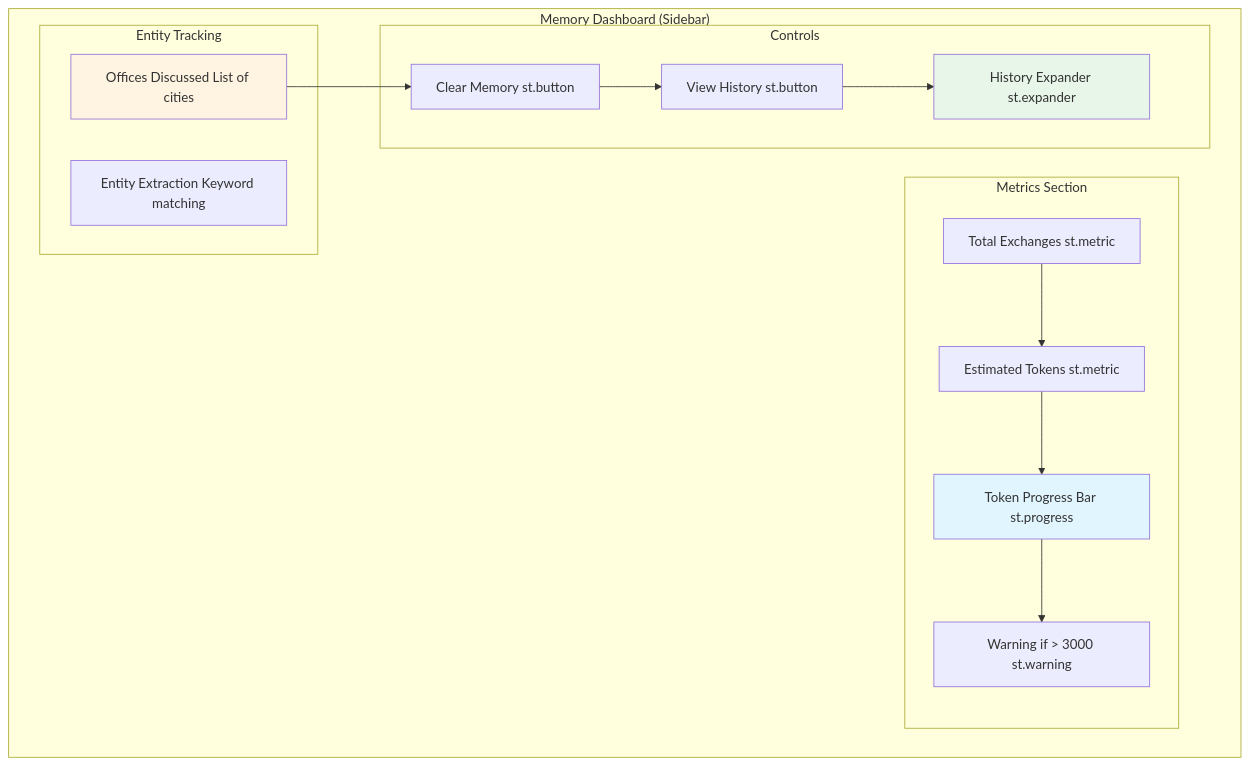
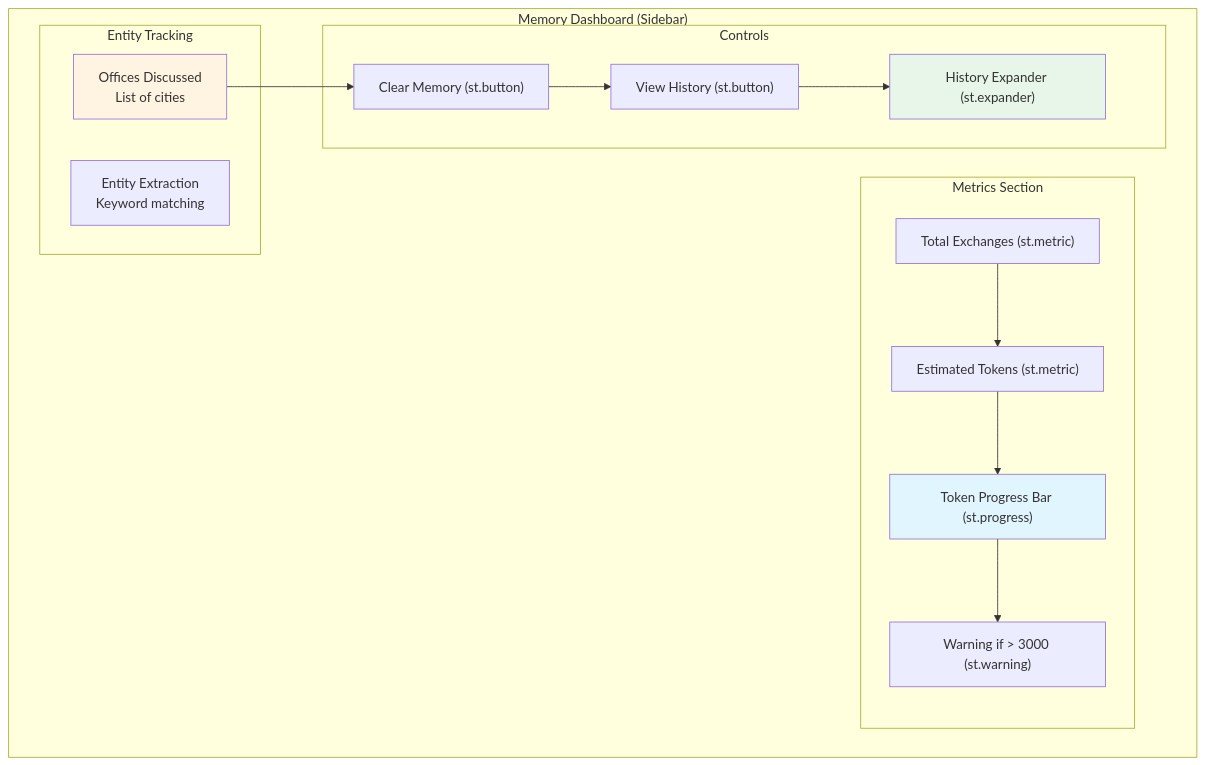
The fifth of 7 diagrams in docs/architecture-lab8.md (skillrepos/ai-3in1), drawn with Mermaid before and after one commit. The commit also changed other lines of this file, not shown here.

````diff
--- a/docs/architecture-lab8.md
+++ b/docs/architecture-lab8.md
@@ -152,33 +152,33 @@
 ```mermaid
 graph TB
     subgraph "Memory Dashboard (Sidebar)"
         subgraph "Metrics Section"
-            M1[Total Exchanges st.metric]
-            M2[Estimated Tokens st.metric]
-            M3[Token Progress Bar st.progress]
-            M4[Warning if > 3000 st.warning]
+            M1["Total Exchanges (st.metric)"]
+            M2["Estimated Tokens (st.metric)"]
+            M3["Token Progress Bar (st.progress)"]
+            M4["Warning if > 3000 (st.warning)"]
         end
 
         subgraph "Entity Tracking"
-            E1[Offices Discussed List of cities]
-            E2[Entity Extraction Keyword matching]
+            E1["Offices Discussed<br/>List of cities"]
+            E2["Entity Extraction<br/>Keyword matching"]
         end
 
         subgraph "Controls"
-            C1[Clear Memory st.button]
-            C2[View History st.button]
-            C3[History Expander st.expander]
+            C1["Clear Memory (st.button)"]
+            C2["View History (st.button)"]
+            C3["History Expander (st.expander)"]
         end
 
         M1 --> M2
         M2 --> M3
         M3 --> M4
         E1 --> C1
         C1 --> C2
         C2 --> C3
     end
 
     style M3 fill:#e1f5ff
     style E1 fill:#fff4e1
     style C3 fill:#e8f5e9
 ```
````
